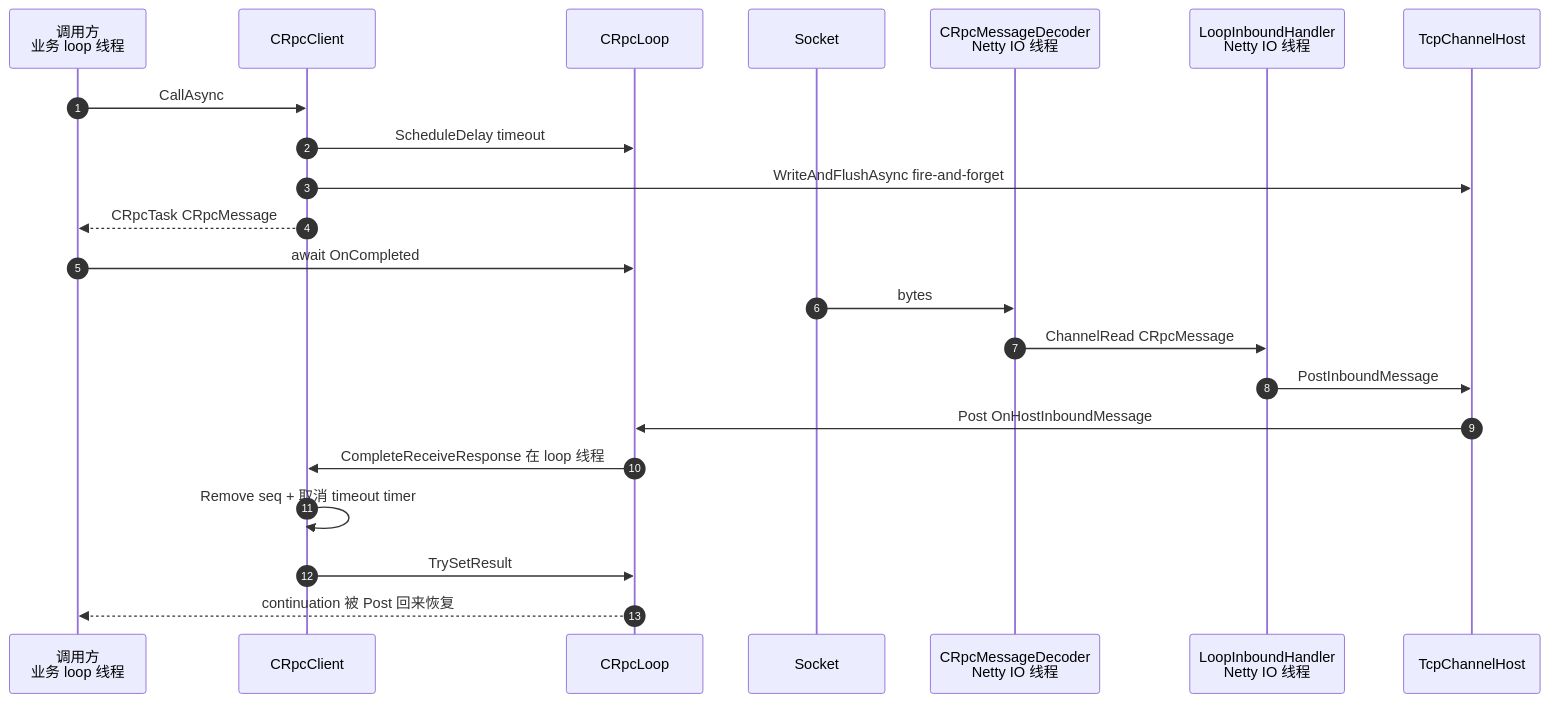
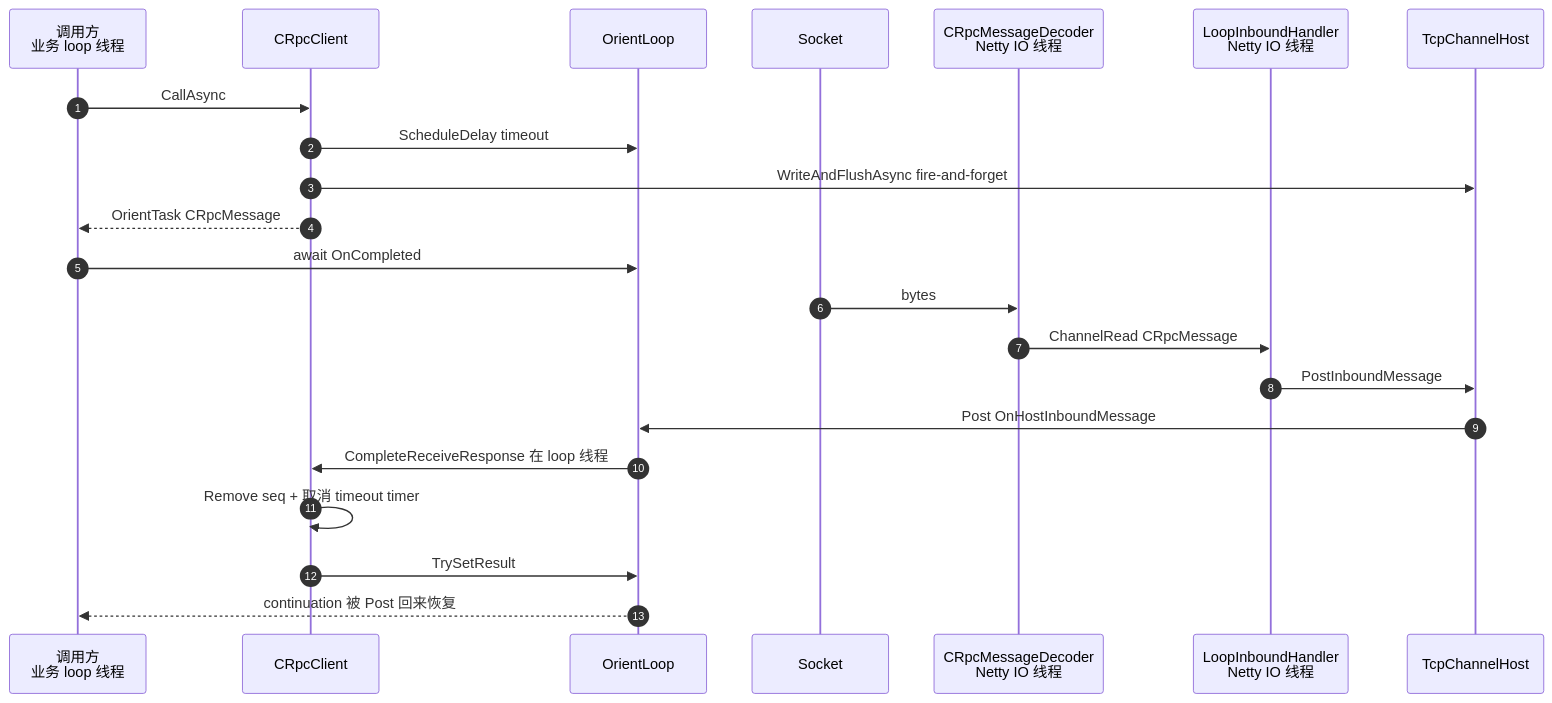
Before and after one commit to orientye/orientdotnet: the third of 5 diagrams in Doc/architecture-draft.md, drawn with Mermaid. The commit also changed other lines of this file, not shown here.

````diff
--- a/Doc/architecture-draft.md
+++ b/Doc/architecture-draft.md
@@ -690,26 +702,26 @@
 ```mermaid
 sequenceDiagram
     autonumber
     participant App as 调用方<br/>业务 loop 线程
     participant Cli as CRpcClient
-    participant BizLoop as CRpcLoop
+    participant BizLoop as OrientLoop
     participant Net as Socket
     participant Dec as CRpcMessageDecoder<br/>Netty IO 线程
     participant LIH as LoopInboundHandler<br/>Netty IO 线程
     participant Host as TcpChannelHost
 
     App->>Cli: CallAsync
     Cli->>BizLoop: ScheduleDelay timeout
     Cli->>Host: WriteAndFlushAsync fire-and-forget
-    Cli-->>App: CRpcTask CRpcMessage
+    Cli-->>App: OrientTask CRpcMessage
     App->>BizLoop: await OnCompleted
 
     Net->>Dec: bytes
     Dec->>LIH: ChannelRead CRpcMessage
     LIH->>Host: PostInboundMessage
     Host->>BizLoop: Post OnHostInboundMessage
     BizLoop->>Cli: CompleteReceiveResponse 在 loop 线程
     Cli->>Cli: Remove seq + 取消 timeout timer
     Cli->>BizLoop: TrySetResult
     BizLoop-->>App: continuation 被 Post 回来恢复
 ```
````
